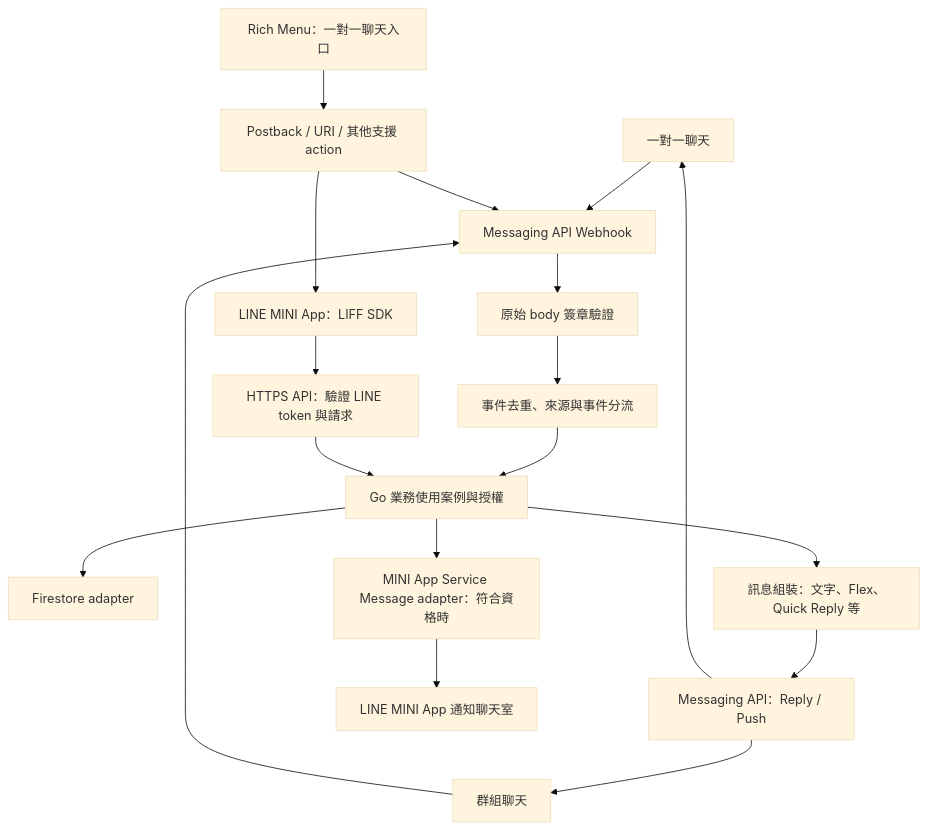
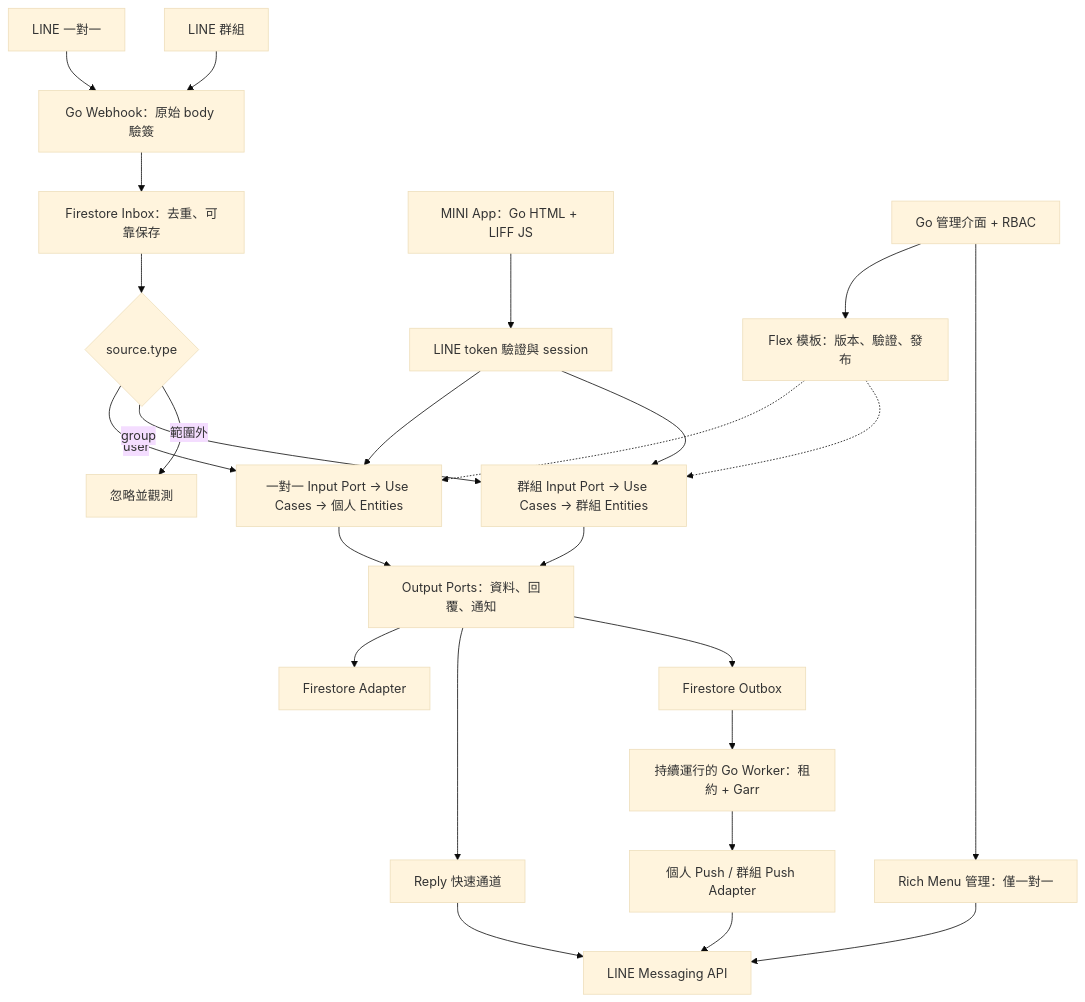
The diagram in docs/architecture/overview.md (963sup/line-mini-app-bot), drawn with Mermaid (base theme) before and after one commit. The commit also changed other lines of this file and 31 other files, not shown here.

````diff
--- a/docs/architecture/overview.md
+++ b/docs/architecture/overview.md
@@ -8,20 +17,27 @@
 ```mermaid
 flowchart TD
-    DM[一對一聊天] --> WH[Messaging API Webhook]
-    GROUP[群組聊天] --> WH
-    WH --> VERIFY[原始 body 簽章驗證]
-    VERIFY --> ROUTE[事件去重、來源與事件分流]
-    ROUTE --> UC[Go 業務使用案例與授權]
-    MINI[LINE MINI App：LIFF SDK] --> AUTH[HTTPS API：驗證 LINE token 與請求]
-    AUTH --> UC
-    UC --> STORE[Firestore adapter]
-    UC --> FORMAT[訊息組裝：文字、Flex、Quick Reply 等]
-    FORMAT --> SEND[Messaging API：Reply / Push]
-    SEND --> DM
-    SEND --> GROUP
-    UC --> SERVICE[MINI App Service Message adapter：符合資格時]
-    SERVICE --> NOTICE[LINE MINI App 通知聊天室]
-    MENU[Rich Menu：一對一聊天入口] --> ACTION[Postback / URI / 其他支援 action]
-    ACTION --> WH
-    ACTION --> MINI
+  DM[LINE 一對一] --> WH[Go Webhook：原始 body 驗簽]
+  GROUP[LINE 群組] --> WH
+  WH --> INBOX[Firestore Inbox：去重、可靠保存]
+  INBOX --> ROUTE{source.type}
+  ROUTE -->|user| DIRECT[一對一 Input Port → Use Cases → 個人 Entities]
+  ROUTE -->|group| GRP[群組 Input Port → Use Cases → 群組 Entities]
+  ROUTE -->|範圍外| IGNORE[忽略並觀測]
+  MINI[MINI App：Go HTML + LIFF JS] --> AUTH[LINE token 驗證與 session]
+  AUTH --> DIRECT
+  AUTH --> GRP
+  DIRECT --> PORTS[Output Ports：資料、回覆、通知]
+  GRP --> PORTS
+  PORTS --> STORE[Firestore Adapter]
+  PORTS --> REPLY[Reply 快速通道]
+  PORTS --> OUT[Firestore Outbox]
+  OUT --> WORKER[持續運行的 Go Worker：租約 + Garr]
+  WORKER --> PUSH[個人 Push / 群組 Push Adapter]
+  REPLY --> LINE[LINE Messaging API]
+  PUSH --> LINE
+  ADMIN[Go 管理介面 + RBAC] --> TM[Flex 模板：版本、驗證、發布]
+  TM -.-> DIRECT
+  TM -.-> GRP
+  ADMIN --> RM[Rich Menu 管理：僅一對一]
+  RM --> LINE
 ```
````
